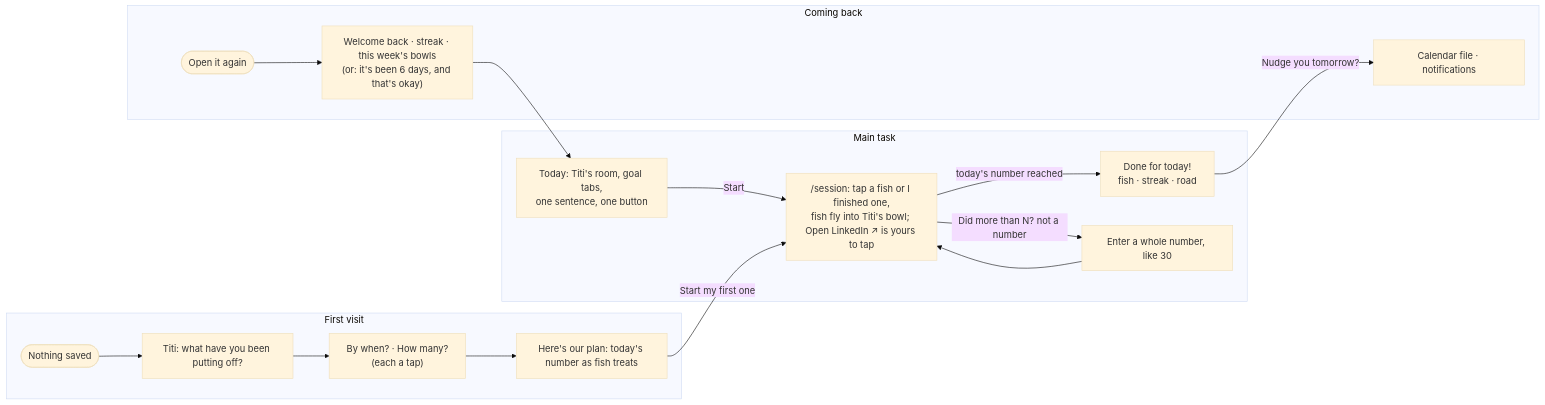
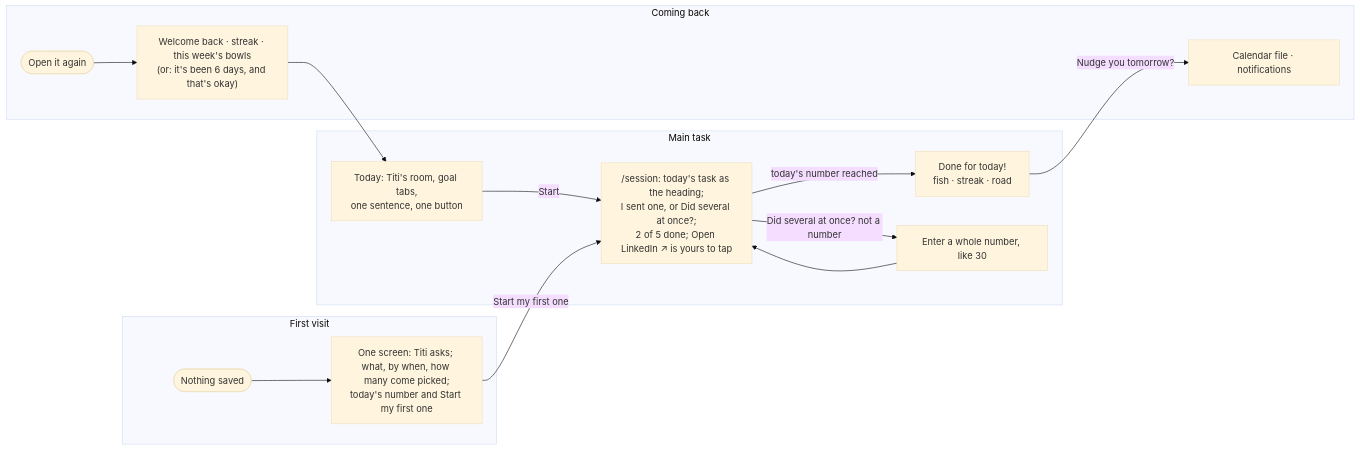
The diagram in README.md (jessieyiqichen/dbs-a3), drawn with Mermaid (base theme) before and after one commit. The commit also changed other lines of this file and 3 other files, not shown here.

Commit message:
docs: flows, README and log for the one-screen setup, the new session and the road

````diff
--- a/README.md
+++ b/README.md
@@ -19,15 +20,15 @@
 ```mermaid
 flowchart LR
     subgraph first [First visit]
-        A([Nothing saved]) --> P["Titi: what have you been putting off?"] --> W["By when? · How many?\n(each a tap)"] --> PL["Here's our plan: today's number as fish treats"]
+        A([Nothing saved]) --> PL["One screen: Titi asks; what, by when, how many come picked;\ntoday's number and Start my first one"]
     end
     subgraph main [Main task]
-        T["Today: Titi's room, goal tabs,\none sentence, one button"] -->|Start| S["/session: tap a fish or I finished one,\nfish fly into Titi's bowl; Open LinkedIn ↗ is yours to tap"] -->|today's number reached| D["Done for today!\nfish · streak · road"]
-        S -->|Did more than N? not a number| E["Enter a whole number, like 30"] --> S
+        T["Today: Titi's room, goal tabs,\none sentence, one button"] -->|Start| S["/session: today's task as the heading;\nI sent one, or Did several at once?;\n2 of 5 done; Open LinkedIn ↗ is yours to tap"] -->|today's number reached| D["Done for today!\nfish · streak · road"]
+        S -->|Did several at once? not a number| E["Enter a whole number, like 30"] --> S
     end
     subgraph back [Coming back]
         C([Open it again]) --> K["Welcome back · streak · this week's bowls\n(or: it's been 6 days, and that's okay)"] --> T
         D -->|Nudge you tomorrow?| N["Calendar file · notifications"]
     end
     PL -->|Start my first one| S
 ```
````
